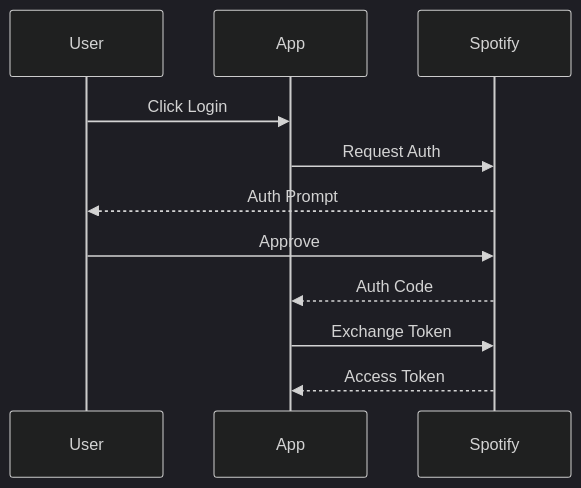
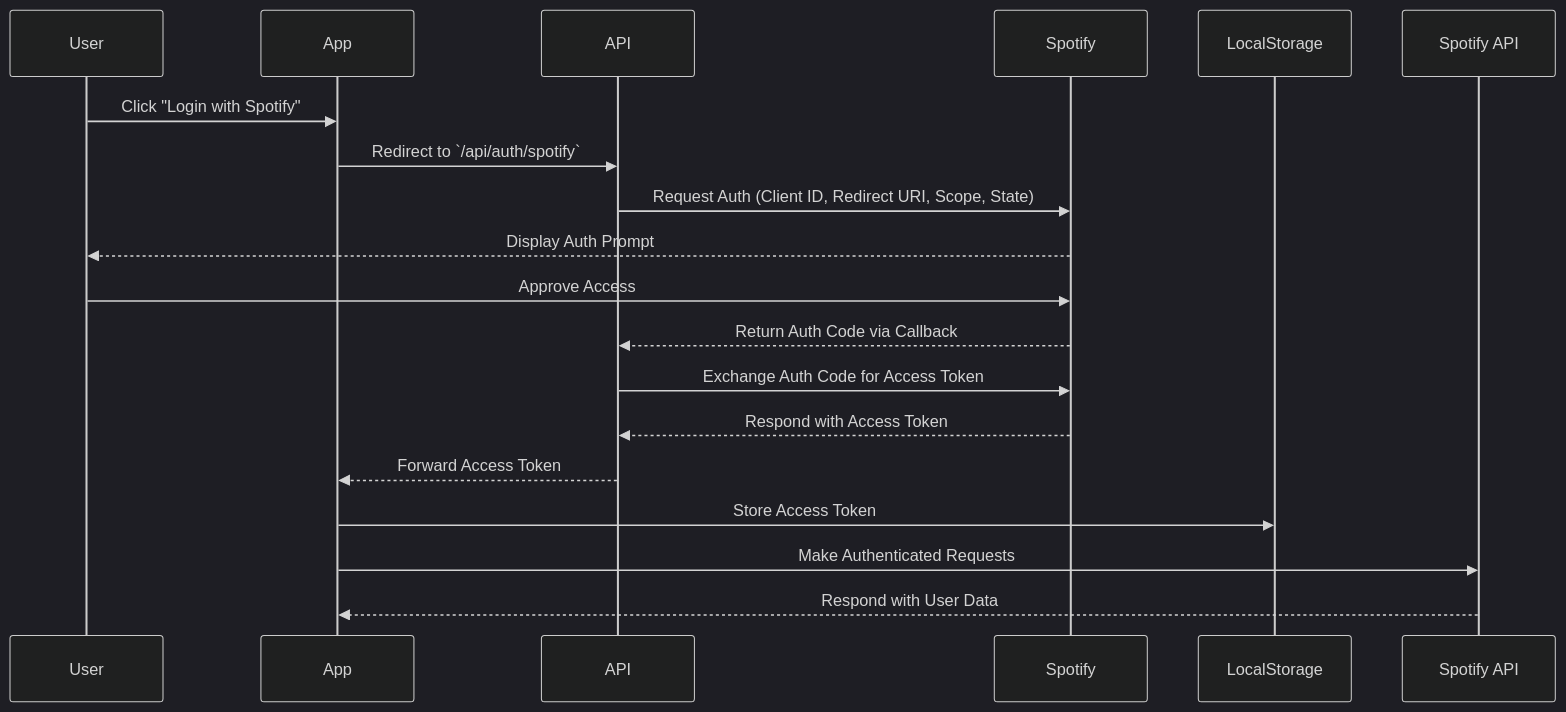
The diagram in README.md (BradleyMatera/Port3), drawn with Mermaid (dark theme) before and after one commit. The commit also changed other lines of this file and 9 other files, not shown here.

````diff
--- a/README.md
+++ b/README.md
@@ -148,10 +148,15 @@
 ```mermaid
 sequenceDiagram
-    User->>App: Click Login
-    App->>Spotify: Request Auth
-    Spotify-->>User: Auth Prompt
-    User->>Spotify: Approve
-    Spotify-->>App: Auth Code
-    App->>Spotify: Exchange Token
-    Spotify-->>App: Access Token
+    User->>App: Click "Login with Spotify"
+    App->>API: Redirect to `/api/auth/spotify`
+    API->>Spotify: Request Auth (Client ID, Redirect URI, Scope, State)
+    Spotify-->>User: Display Auth Prompt
+    User->>Spotify: Approve Access
+    Spotify-->>API: Return Auth Code via Callback
+    API->>Spotify: Exchange Auth Code for Access Token
+    Spotify-->>API: Respond with Access Token
+    API-->>App: Forward Access Token
+    App->>LocalStorage: Store Access Token
+    App->>Spotify API: Make Authenticated Requests
+    Spotify API-->>App: Respond with User Data
 ```
````
